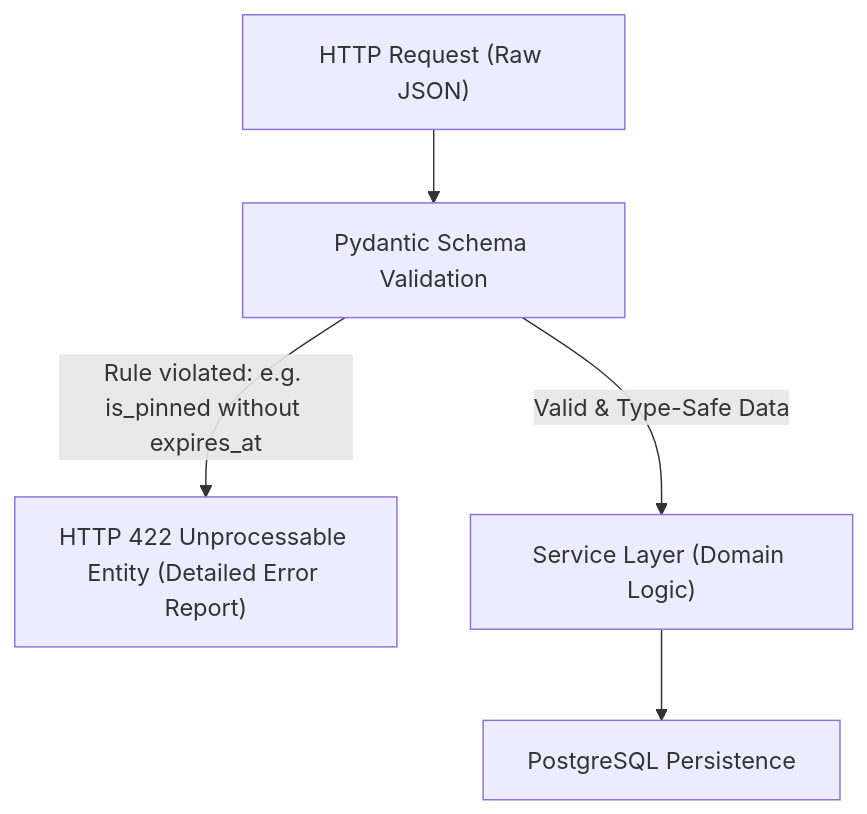
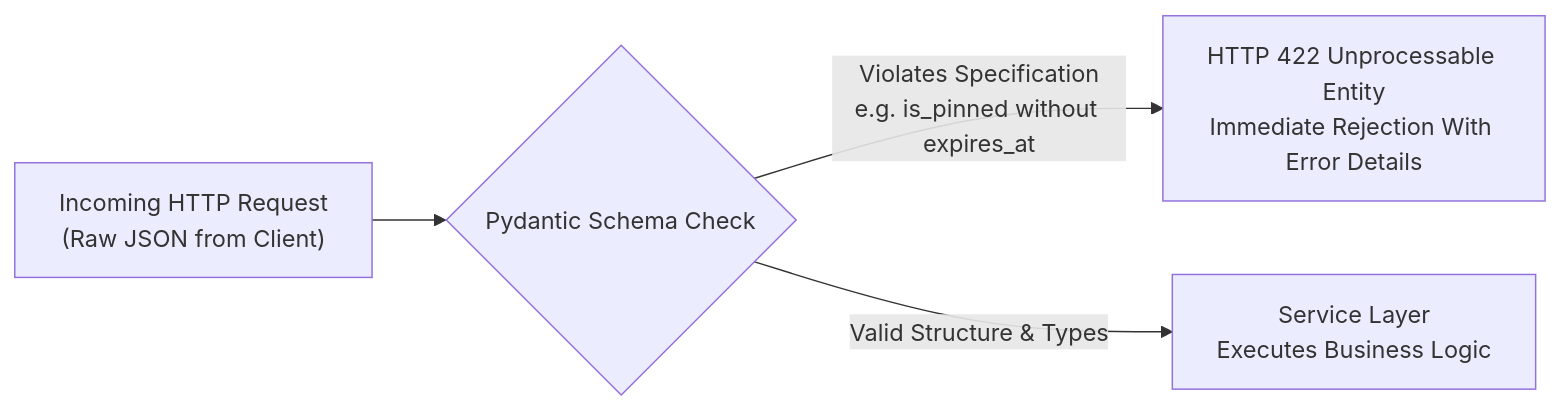
The first of 2 diagrams in content/posts/upa-campus-app-architecture-part-5/index.en.md (Pascal-Thommen/pascal-thommen.github.io), drawn with Mermaid before and after one commit. The commit also changed other lines of this file and 25 other files, not shown here.

````diff
--- a/content/posts/upa-campus-app-architecture-part-5/index.en.md
+++ b/content/posts/upa-campus-app-architecture-part-5/index.en.md
@@ -57,7 +37,6 @@
 ```mermaid
-flowchart TD
-    ClientReq["HTTP Request (Raw JSON)"] --> Parser["Pydantic Schema Validation"]
-    Parser -->|Rule violated: e.g. is_pinned without expires_at| ErrResp["HTTP 422 Unprocessable Entity (Detailed Error Report)"]
-    Parser -->|Valid & Type-Safe Data| Domain["Service Layer (Domain Logic)"]
-    Domain --> DB["PostgreSQL Persistence"]
+flowchart LR
+    Req["Incoming HTTP Request\n(Raw JSON from Client)"] --> Gate{"Pydantic Schema Check"}
+    Gate -->|Violates Specification\ne.g. is_pinned without expires_at| Reject["HTTP 422 Unprocessable Entity\nImmediate Rejection With Error Details"]
+    Gate -->|Valid Structure & Types| Service["Service Layer\nExecutes Business Logic"]
 ```
````
